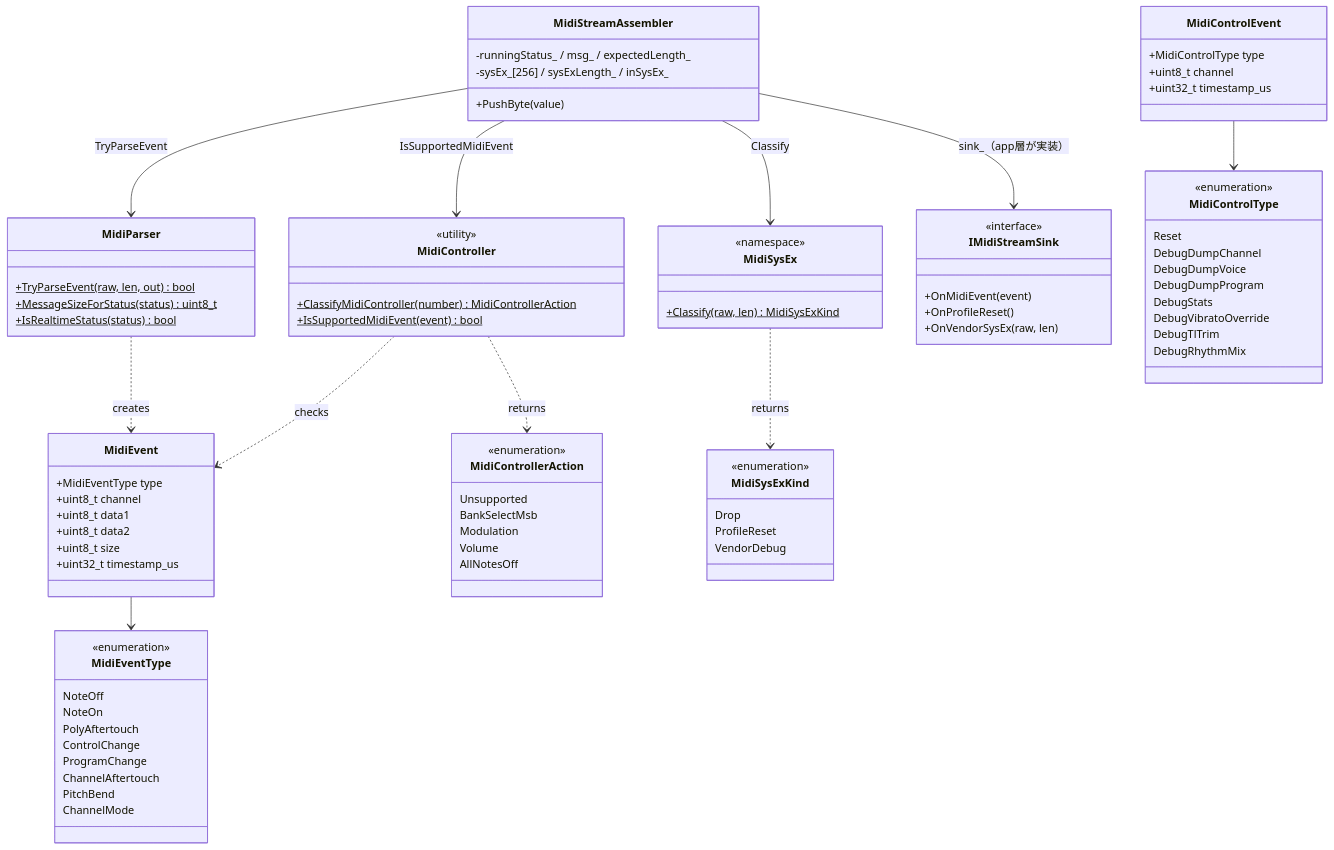
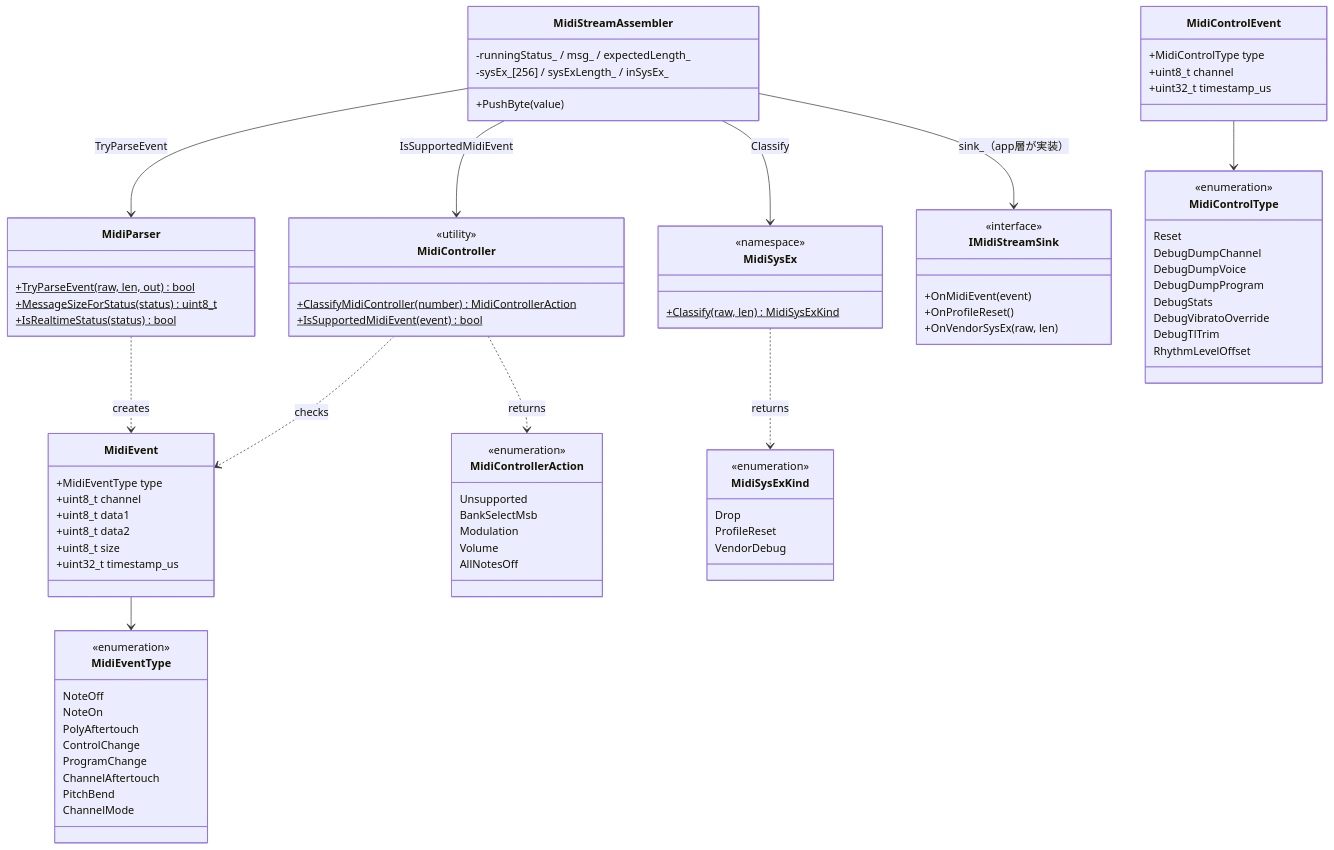
Before and after one commit to 46nori/FMSynthEnsembleV3: the diagram in doc/domain/domain_midi.md, drawn with Mermaid. The commit also changed 13 other files, not shown here.

```diff
--- a/doc/domain/domain_midi.md
+++ b/doc/domain/domain_midi.md
@@ -67,7 +67,7 @@
         DebugStats
         DebugVibratoOverride
         DebugTlTrim
-        DebugRhythmMix
+        RhythmLevelOffset
     }
 
     class MidiControlEvent {
```
